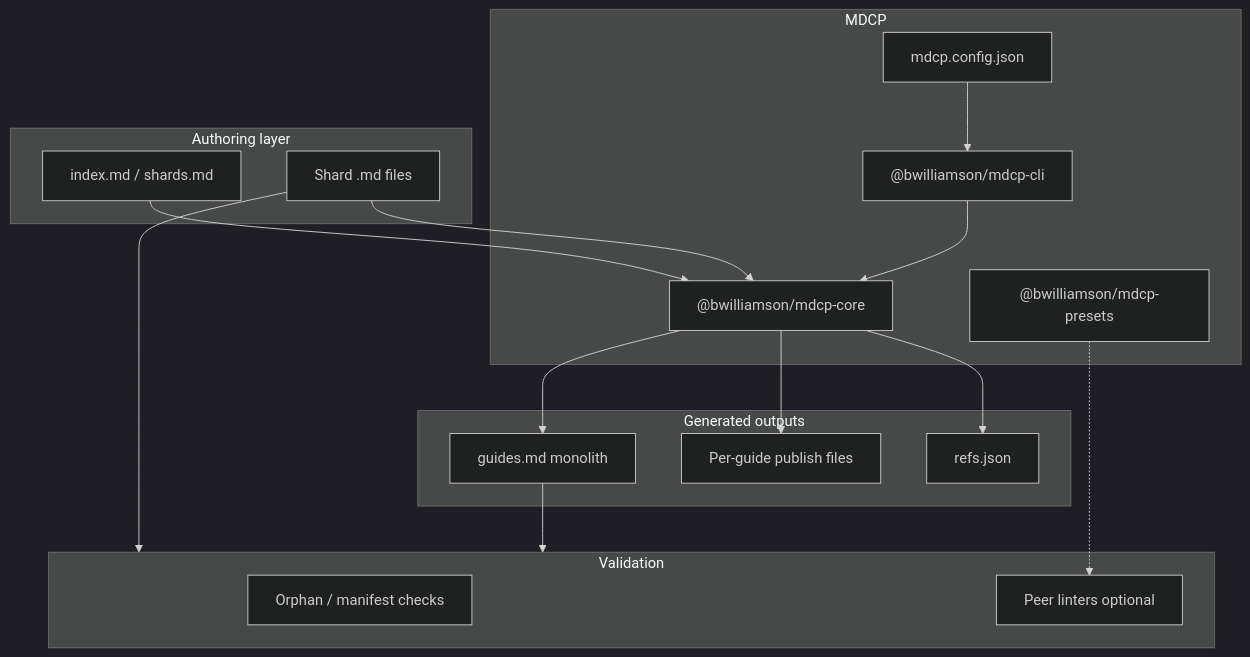
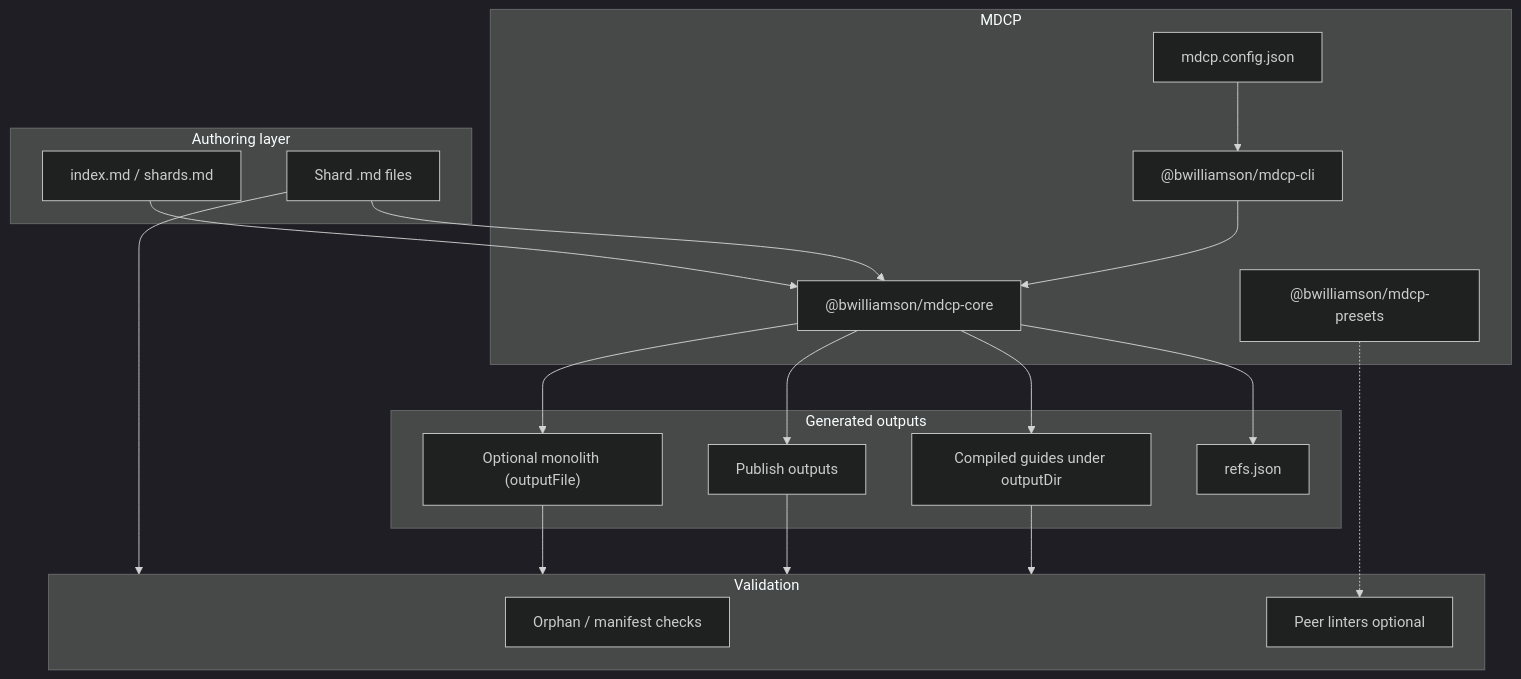
The diagram in docs/features/overview.md (Merlon-Docs/merlon), drawn with Mermaid (dark theme) before and after one commit. The commit also changed other lines of this file and 79 other files, not shown here.

````diff
--- a/docs/features/overview.md
+++ b/docs/features/overview.md
@@ -52,36 +58,40 @@
 ```mermaid
 flowchart TB
   subgraph author["Authoring layer"]
     shards["Shard .md files"]
     index["index.md / shards.md"]
   end
 
   subgraph mdcp["MDCP"]
     cli["@bwilliamson/mdcp-cli"]
     core["@bwilliamson/mdcp-core"]
     presets["@bwilliamson/mdcp-presets"]
     config["mdcp.config.json"]
   end
 
   subgraph outputs["Generated outputs"]
-    monolith["guides.md monolith"]
-    publish["Per-guide publish files"]
+    compiled["Compiled guides under outputDir"]
+    publish["Publish outputs"]
+    monolith["Optional monolith (outputFile)"]
     refs["refs.json"]
   end
 
   subgraph validate["Validation"]
     orphans["Orphan / manifest checks"]
     peers["Peer linters optional"]
   end
 
   config --> cli
   cli --> core
   presets -.-> peers
   shards --> core
   index --> core
+  core --> compiled
+  core --> publish
   core --> monolith
-  core --> publish
   core --> refs
+  compiled --> validate
+  publish --> validate
   monolith --> validate
   shards --> validate
 ```
````
